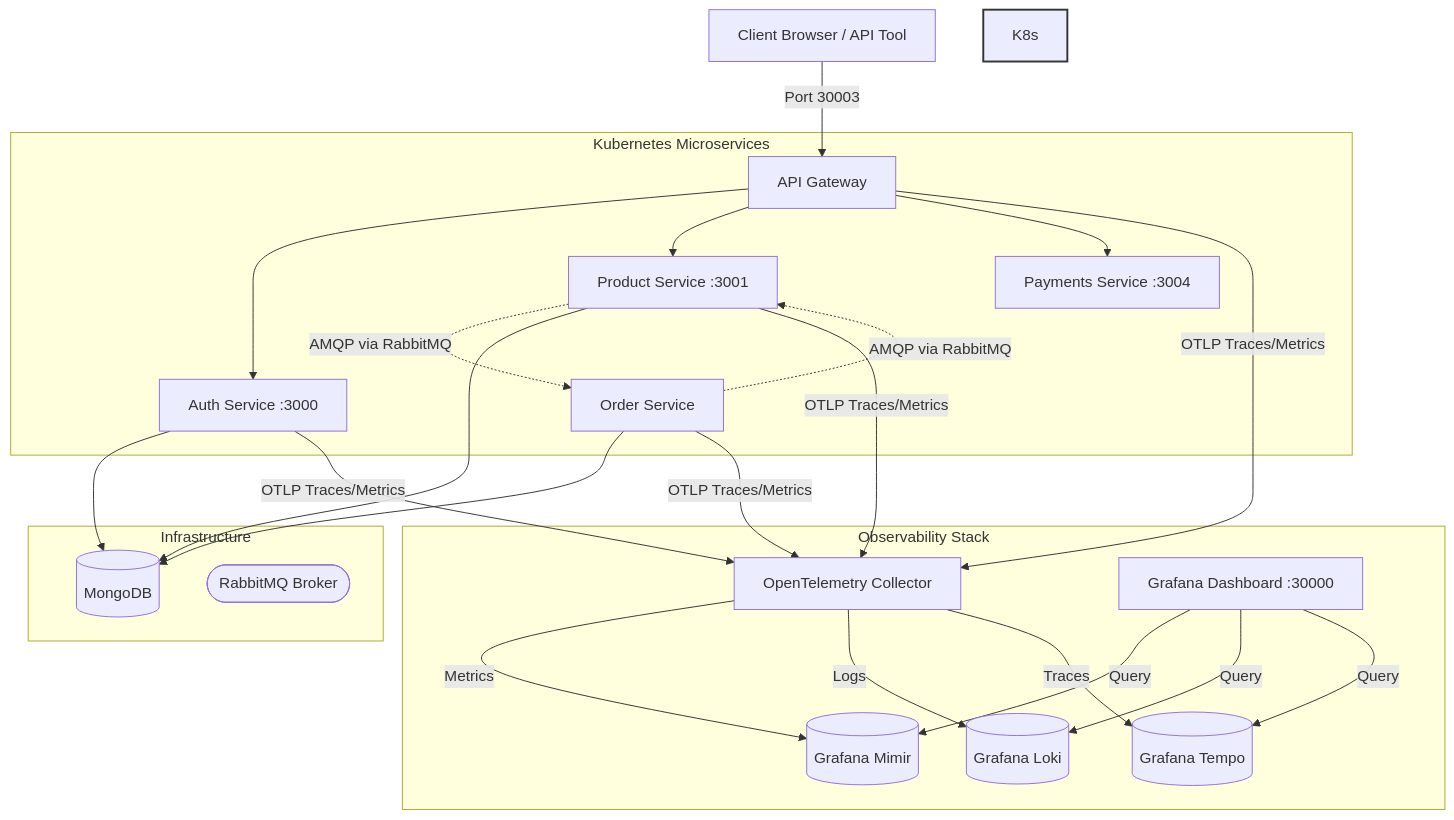
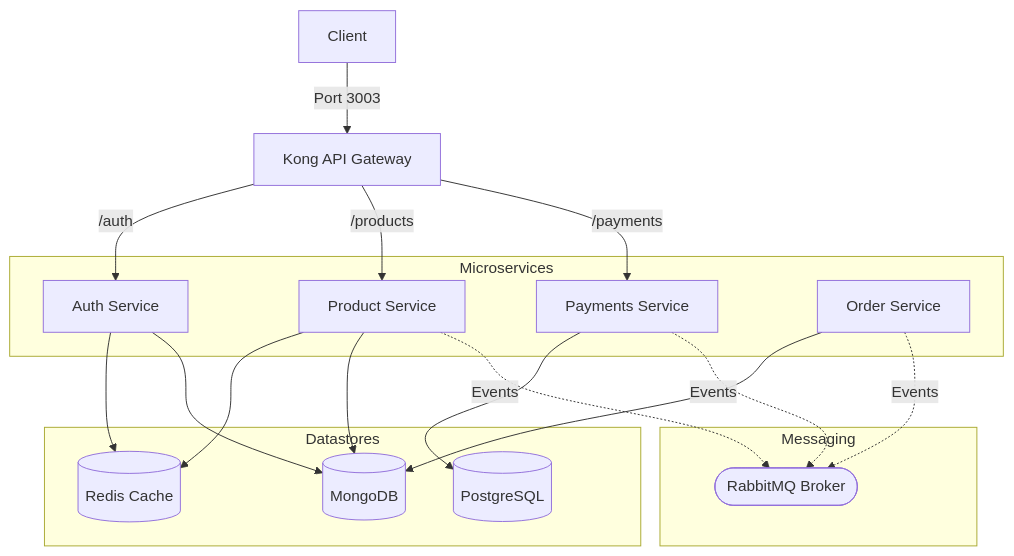
Before and after one commit to GurunadaRao/e-commerce-micro-services: the diagram in README.md, drawn with Mermaid. The commit also changed other lines of this file and 48 other files, not shown here.

Commit message:
Upgrade architecture: Kong Gateway, PostgreSQL persistence, RabbitMQ topic/quorum queues, Redis caching, and full observability

````diff
--- a/README.md
+++ b/README.md
@@ -9,39 +9,36 @@
 ```mermaid
 graph TD
-    Client[Client Browser / API Tool] -->|Port 30003| Gateway[API Gateway]
+    Client[Client] -->|Port 3003| Kong[Kong API Gateway]
     
-    subgraph K8s Apps [Kubernetes Microservices]
-        Gateway --> Auth[Auth Service :3000]
-        Gateway --> Product[Product Service :3001]
-        Gateway --> Payments[Payments Service :3004]
-        
-        Product -.->|AMQP via RabbitMQ| Order[Order Service]
-        Order -.->|AMQP via RabbitMQ| Product
+    subgraph Microservices
+        Auth[Auth Service]
+        Product[Product Service]
+        Payments[Payments Service]
+        Order[Order Service]
     end
 
-    subgraph K8s Infra [Infrastructure]
-        Auth --> MongoDB[(MongoDB)]
-        Product --> MongoDB
-        Order --> MongoDB
-        RabbitMQ([RabbitMQ Broker])
+    Kong -->|/auth| Auth
+    Kong -->|/products| Product
+    Kong -->|/payments| Payments
+
+    subgraph Datastores
+        Redis[(Redis Cache)]
+        Mongo[(MongoDB)]
+        Postgres[(PostgreSQL)]
     end
 
-    subgraph K8s Observability [Observability Stack]
-        OTel[OpenTelemetry Collector] -->|Metrics| Mimir[(Grafana Mimir)]
-        OTel -->|Logs| Loki[(Grafana Loki)]
-        OTel -->|Traces| Tempo[(Grafana Tempo)]
-        
-        Auth -->|OTLP Traces/Metrics| OTel
-        Product -->|OTLP Traces/Metrics| OTel
-        Order -->|OTLP Traces/Metrics| OTel
-        Gateway -->|OTLP Traces/Metrics| OTel
-        
-        Grafana[Grafana Dashboard :30000] -->|Query| Mimir
-        Grafana -->|Query| Loki
-        Grafana -->|Query| Tempo
+    Auth --> Redis
+    Auth --> Mongo
+    Product --> Redis
+    Product --> Mongo
+    Order --> Mongo
+    Payments --> Postgres
+
+    subgraph Messaging
+        RMQ([RabbitMQ Broker])
     end
 
-    style K8s Apps fill:#f9f,stroke:#333,stroke-width:2px
-    style K8s Infra fill:#bbf,stroke:#333,stroke-width:2px
-    style K8s Observability fill:#dfd,stroke:#333,stroke-width:2px
+    Product -.->|Events| RMQ
+    Payments -.->|Events| RMQ
+    Order -.->|Events| RMQ
 ```
````
